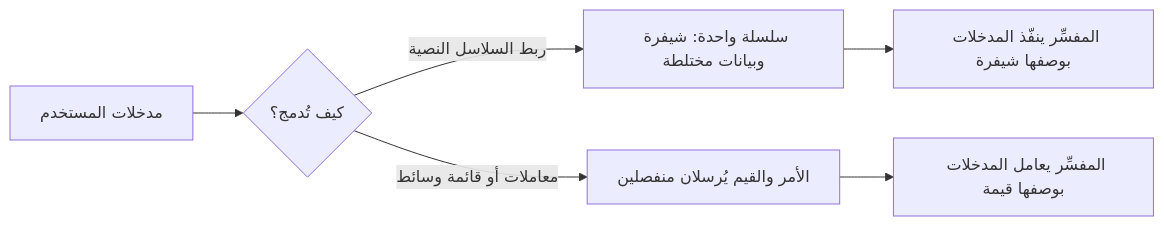
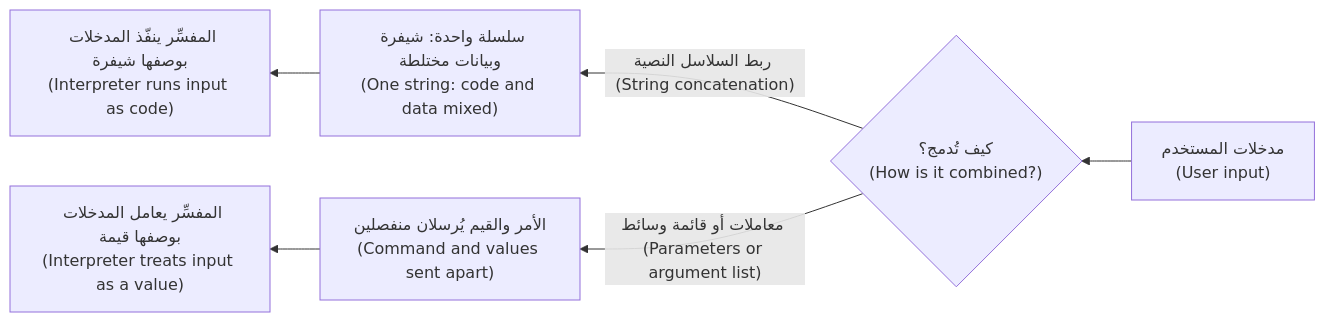
The first of 3 diagrams in secai/modules/02-web.ar.md (Tamoura/system-design-for-vibe-coders), drawn with Mermaid before and after one commit. The commit also changed other lines of this file and 11 other files, not shown here.

First line of the commit message:
Security course: Arabic modules 10–11 reviewed; RTL diagrams with English labels for modules 0–11

````diff
--- a/secai/modules/02-web.ar.md
+++ b/secai/modules/02-web.ar.md
@@ -31,8 +31,8 @@
 ```mermaid
-flowchart LR
-    U["مدخلات المستخدم"] --> C{"كيف تُدمج؟"}
-    C -->|"ربط السلاسل النصية"| S["سلسلة واحدة: شيفرة وبيانات مختلطة"]
-    S --> X["المفسِّر ينفّذ المدخلات بوصفها شيفرة"]
-    C -->|"معاملات أو قائمة وسائط"| P["الأمر والقيم يُرسلان منفصلين"]
-    P --> V["المفسِّر يعامل المدخلات بوصفها قيمة"]
+flowchart RL
+    U["مدخلات المستخدم<br/>(User input)"] --> C{"كيف تُدمج؟<br/>(How is it combined?)"}
+    C -->|"ربط السلاسل النصية (String concatenation)"| S["سلسلة واحدة: شيفرة وبيانات مختلطة<br/>(One string: code and data mixed)"]
+    S --> X["المفسِّر ينفّذ المدخلات بوصفها شيفرة<br/>(Interpreter runs input as code)"]
+    C -->|"معاملات أو قائمة وسائط (Parameters or argument list)"| P["الأمر والقيم يُرسلان منفصلين<br/>(Command and values sent apart)"]
+    P --> V["المفسِّر يعامل المدخلات بوصفها قيمة<br/>(Interpreter treats input as a value)"]
 ```
````
